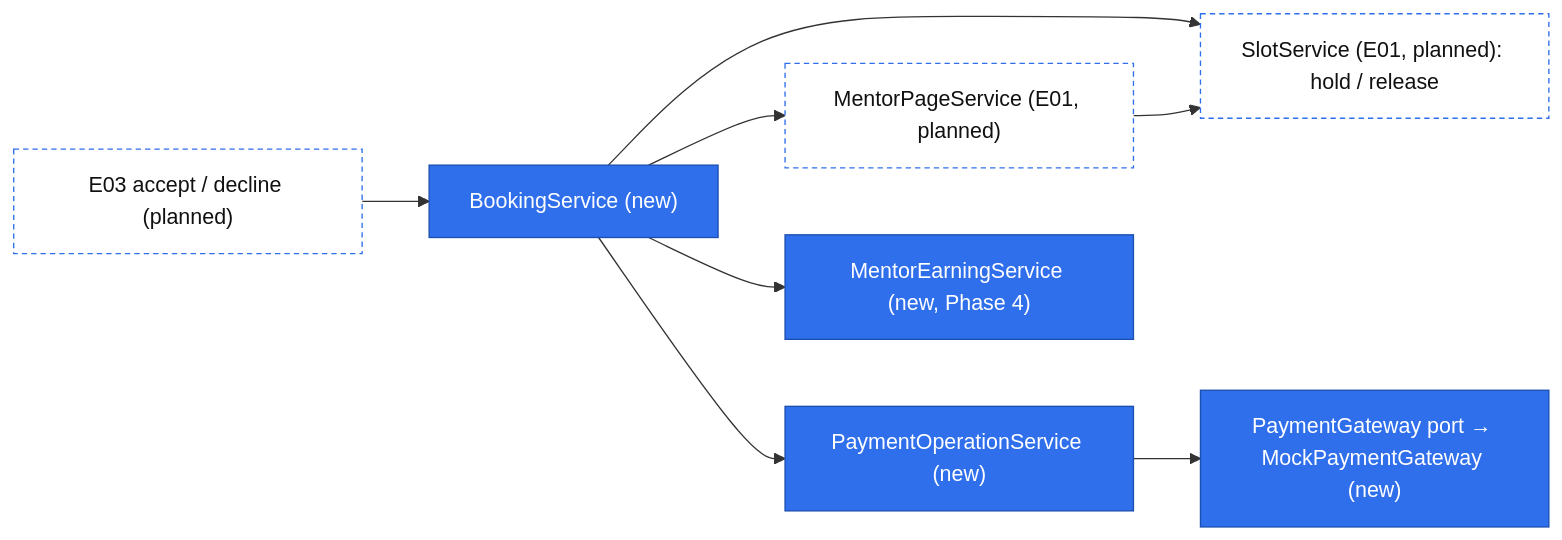
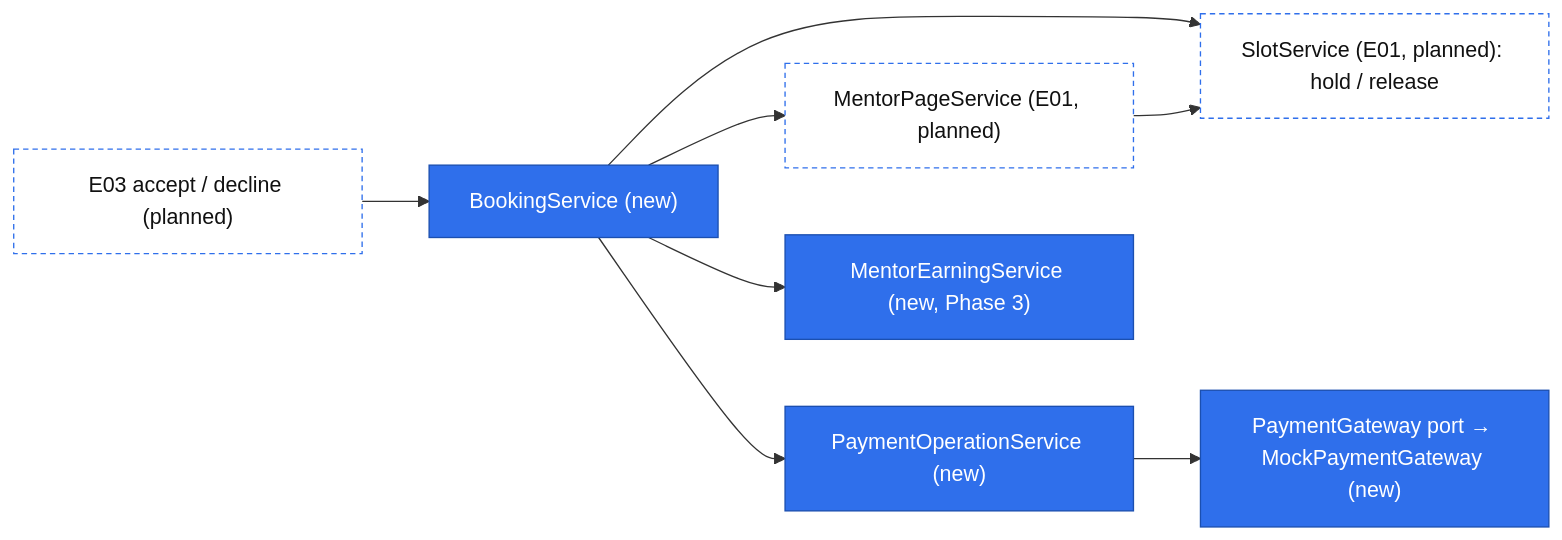
One commit to warnaa/aitl-mentio changed the first of 2 diagrams in .ai/specs/2026-10-29-book-and-pay.md. Above: the diagram before and after it, drawn with Mermaid. The commit also changed other lines of this file and 5 other files, not shown here.

````diff
--- a/.ai/specs/2026-10-29-book-and-pay.md
+++ b/.ai/specs/2026-10-29-book-and-pay.md
@@ -86,14 +93,14 @@
 ```mermaid
 flowchart LR
     classDef existing fill:#e5e7eb,color:#111,stroke:#9ca3af
     classDef newp fill:#2f6feb,color:#fff,stroke:#1b4fb0
     classDef planned fill:#fff,color:#111,stroke:#2f6feb,stroke-dasharray: 4 3
 
     n1["BookingService (new)"]:::newp --> n2["MentorPageService (E01, planned)"]:::planned
     n1 --> n3["SlotService (E01, planned): hold / release"]:::planned
     n2 --> n3
     n1 --> n4["PaymentOperationService (new)"]:::newp
     n4 --> n5["PaymentGateway port → MockPaymentGateway (new)"]:::newp
-    n1 --> n6["MentorEarningService (new, Phase 4)"]:::newp
+    n1 --> n6["MentorEarningService (new, Phase 3)"]:::newp
     n7["E03 accept / decline (planned)"]:::planned --> n1
 ```
````
